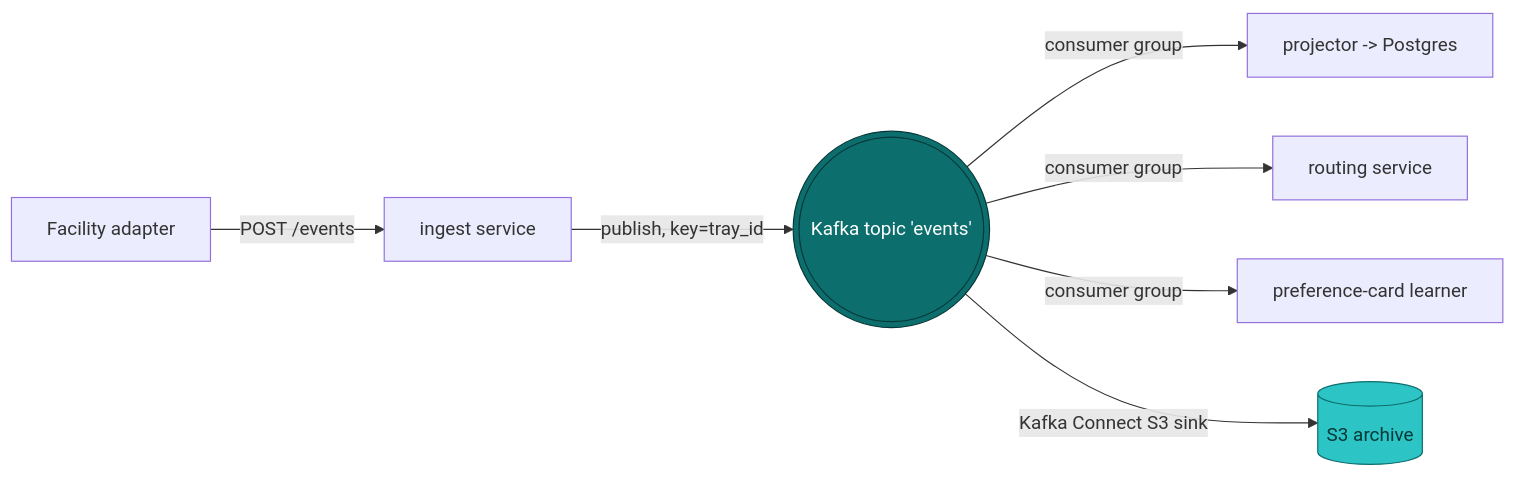
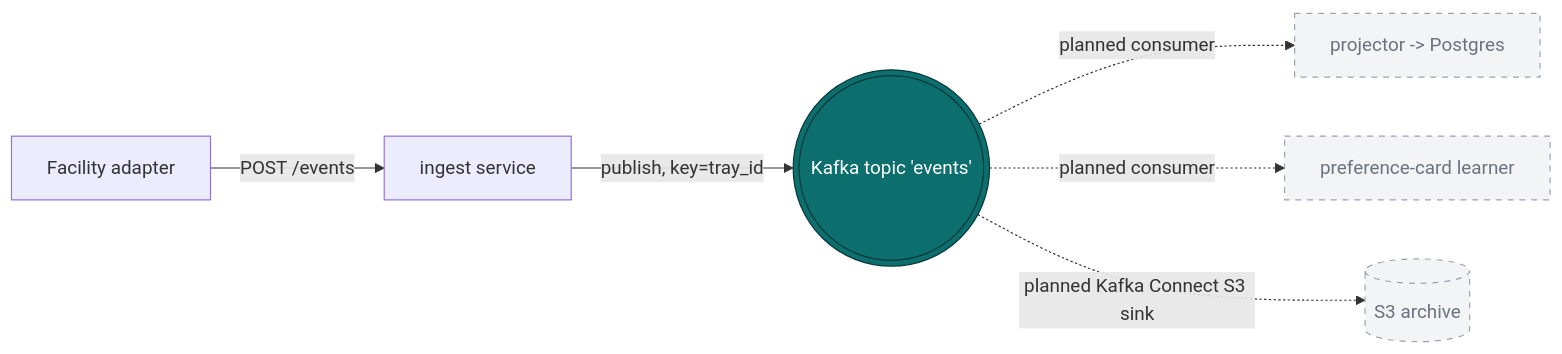
One commit to caverac/instrument-sterilization-logistics changed the diagram in ui/docs/docs/services/ingest.md. Above: the diagram before and after it, drawn with Mermaid. The commit also changed other lines of this file and 14 other files, not shown here.

````diff
--- a/ui/docs/docs/services/ingest.md
+++ b/ui/docs/docs/services/ingest.md
@@ -24,14 +26,13 @@
 ```mermaid
 flowchart LR
     A[Facility adapter] -->|POST /events| I[ingest service]
     I -->|publish, key=tray_id| K(((Kafka topic 'events')))
-    K -->|consumer group| P[projector -> Postgres]
-    K -->|consumer group| R[routing service]
-    K -->|consumer group| L[preference-card learner]
-    K -->|Kafka Connect S3 sink| S3[(S3 archive)]
+    K -.->|planned consumer| P[projector -> Postgres]
+    K -.->|planned consumer| L[preference-card learner]
+    K -.->|planned Kafka Connect S3 sink| S3[(S3 archive)]
 
     classDef bus fill:#0d6e6e,stroke:#053838,color:#fff
-    classDef store fill:#2cc4c4,stroke:#0d6e6e,color:#053838
+    classDef planned fill:#f3f4f6,stroke:#9ca3af,color:#6b7280,stroke-dasharray:5 5
     class K bus
-    class S3 store
+    class P,L,S3 planned
 ```
````
